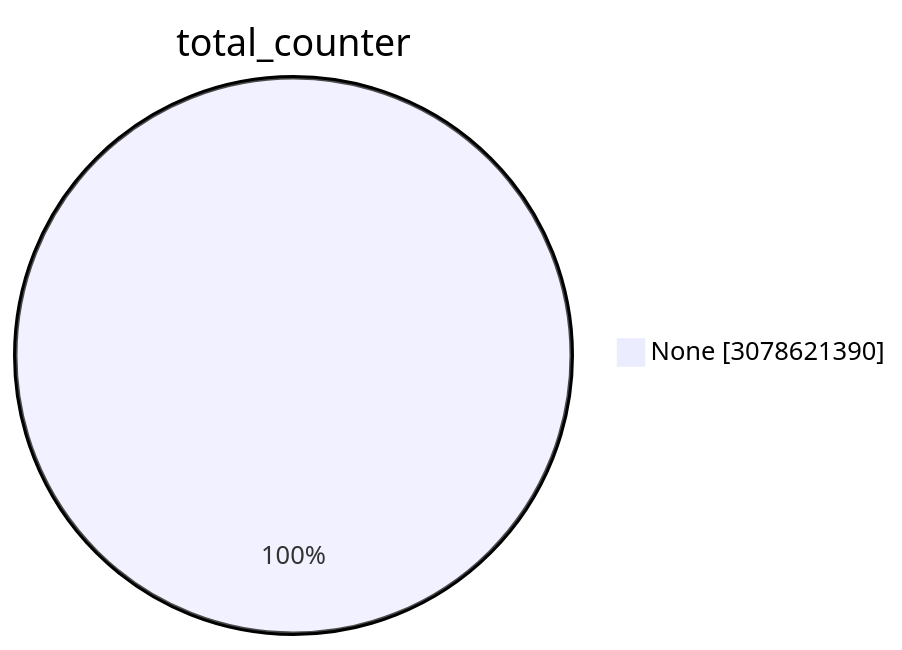
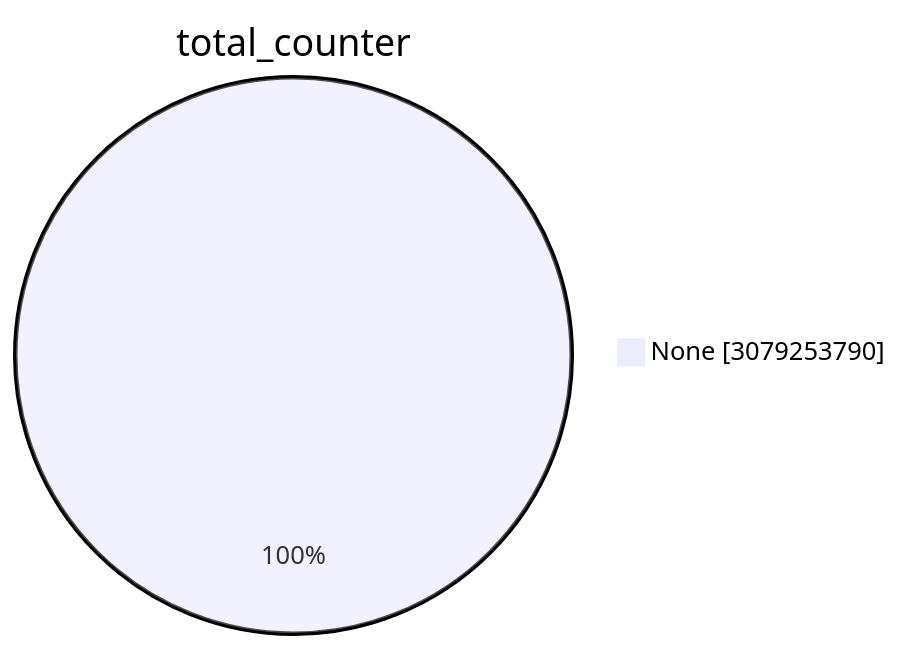
Before and after one commit to christiankrug/ctmonitor_visualization: the first of 15 diagrams in TOTAL/README.md, drawn with Mermaid. The commit also changed other lines of this file, not shown here.

````diff
--- a/TOTAL/README.md
+++ b/TOTAL/README.md
@@ -1,5 +1,5 @@
 ```mermaid
 pie showData
 title total_counter
-"None" :3078621390
+"None" :3079253790
 ```
````
